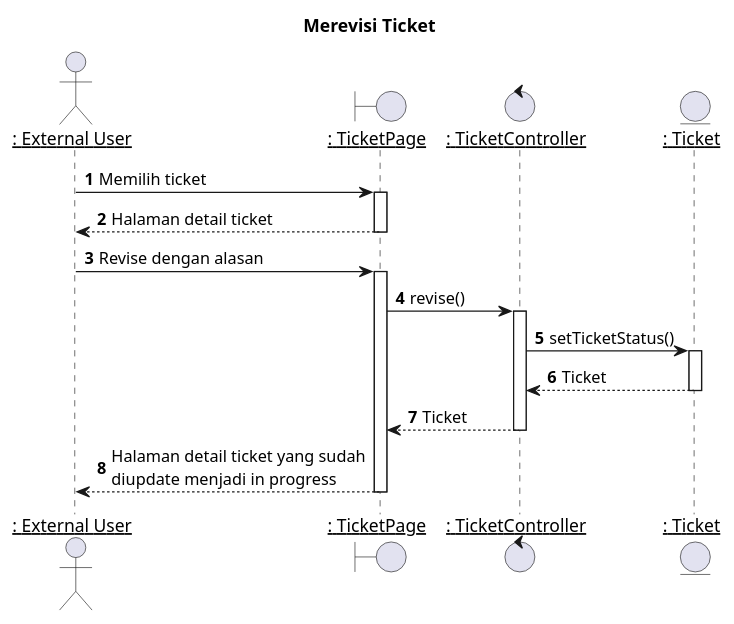
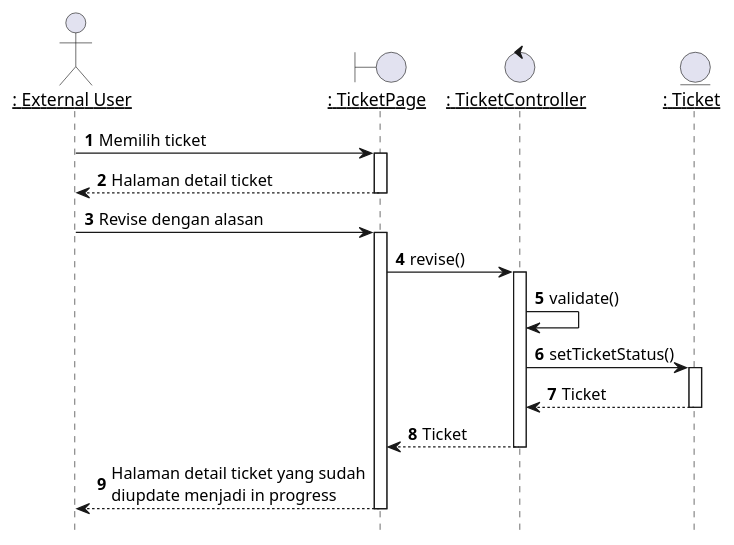
The diagram in plantuml/sequence/ex/ex6.puml (TAS-PKL/Laporan-PKL-Ticketing), drawn with PlantUML before and after one commit. The commit also changed 47 other files, not shown here.

```diff
--- a/plantuml/sequence/ex/ex6.puml
+++ b/plantuml/sequence/ex/ex6.puml
@@ -1,38 +1,43 @@
 @startuml Merevisi Ticket
 
-title "Merevisi Ticket"
+hide footbox
+
+'title "Merevisi Ticket"
 
 actor EU as "__: External User__"
 boundary TicketPage as "__: TicketPage__"
 control TicketController as "__: TicketController__"
 entity Ticket as "__: Ticket__"
 
 autonumber 1
 'list
 EU -> TicketPage: Memilih ticket
 activate TicketPage
 
 TicketPage --> EU: Halaman detail ticket
 deactivate TicketPage
 
-'Menutup ticket
+
 EU -> TicketPage: Revise dengan alasan
 activate TicketPage
 
 TicketPage -> TicketController: revise()
 activate TicketController
+
+TicketController -> TicketController: validate()
+
 
 TicketController -> Ticket: setTicketStatus()
 activate Ticket
 
 Ticket --> TicketController : Ticket
 deactivate Ticket
 
 TicketController --> TicketPage : Ticket
 deactivate TicketController
 
 TicketPage --> EU : Halaman detail ticket yang sudah\ndiupdate menjadi in progress
 deactivate TicketPage
 
 
 @enduml
```
